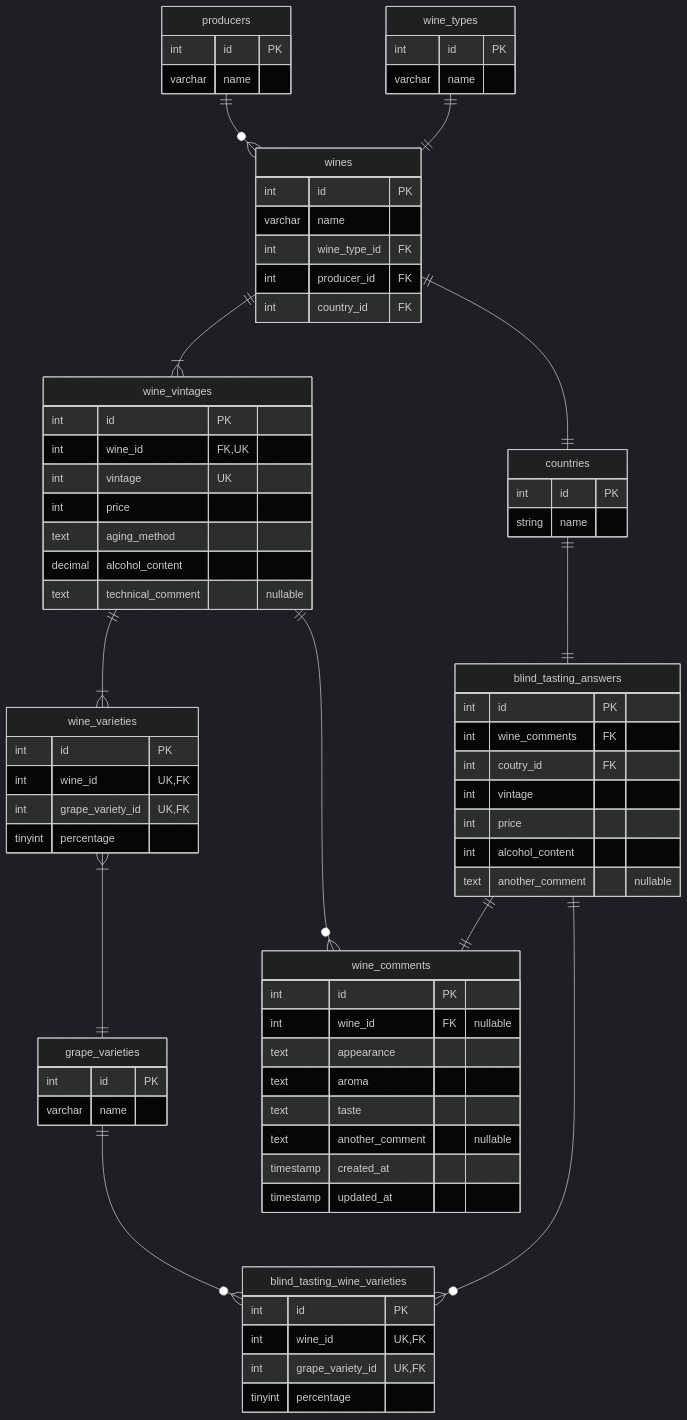
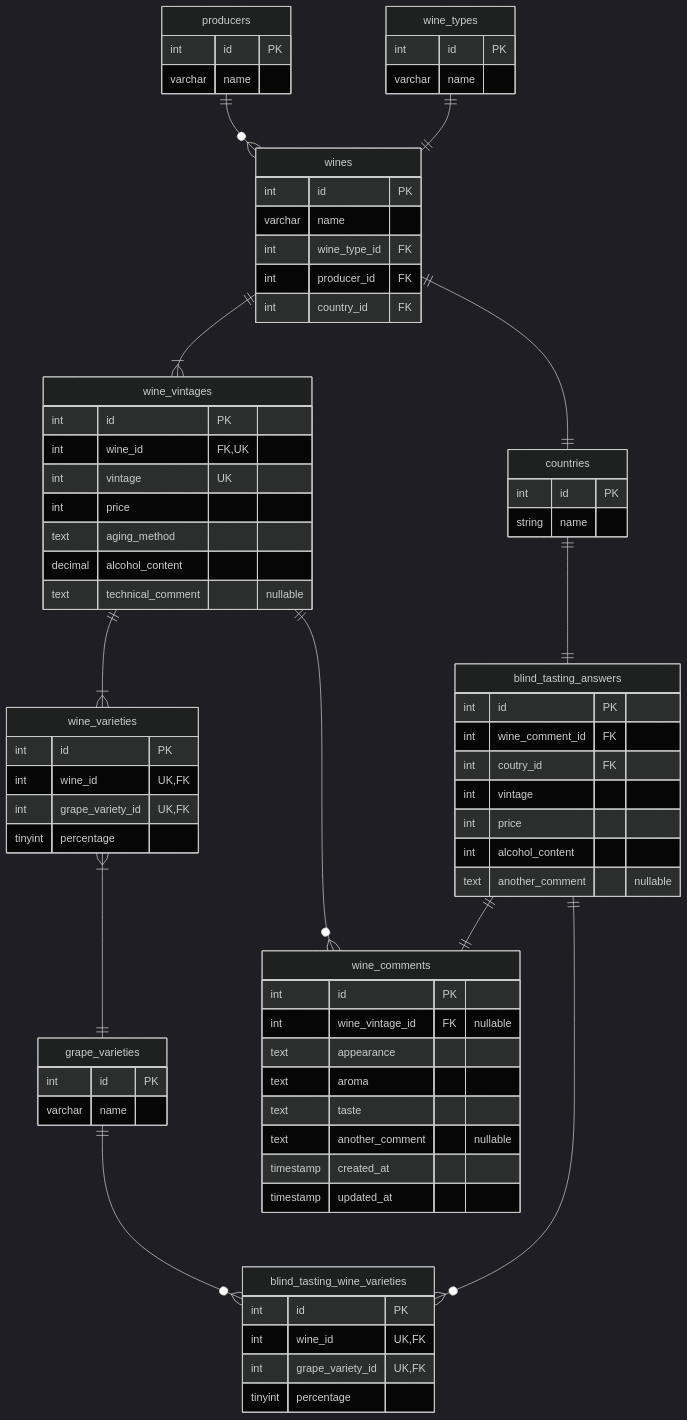
The diagram in api/architecture/er.md (cork03/tastingNote), drawn with Mermaid (dark theme) before and after one commit. The commit also changed 12 other files, not shown here.

```diff
--- a/api/architecture/er.md
+++ b/api/architecture/er.md
@@ -47,7 +47,7 @@
     
     wine_comments {
         int id PK
-        int wine_id FK "nullable"
+        int wine_vintage_id FK "nullable"
         text appearance
         text aroma
         text taste
@@ -58,7 +58,7 @@
     
     blind_tasting_answers {
         int id PK
-        int wine_comments FK
+        int wine_comment_id FK
         int coutry_id FK
         int vintage
         int price
```
